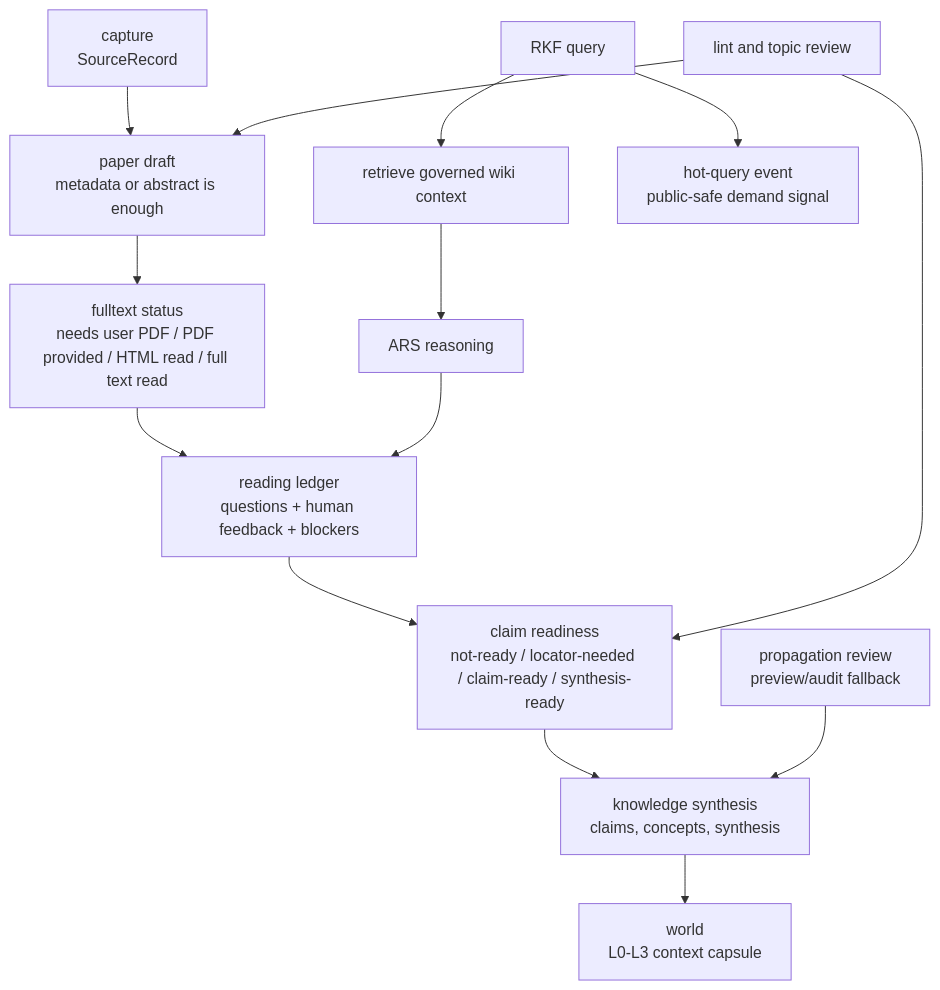
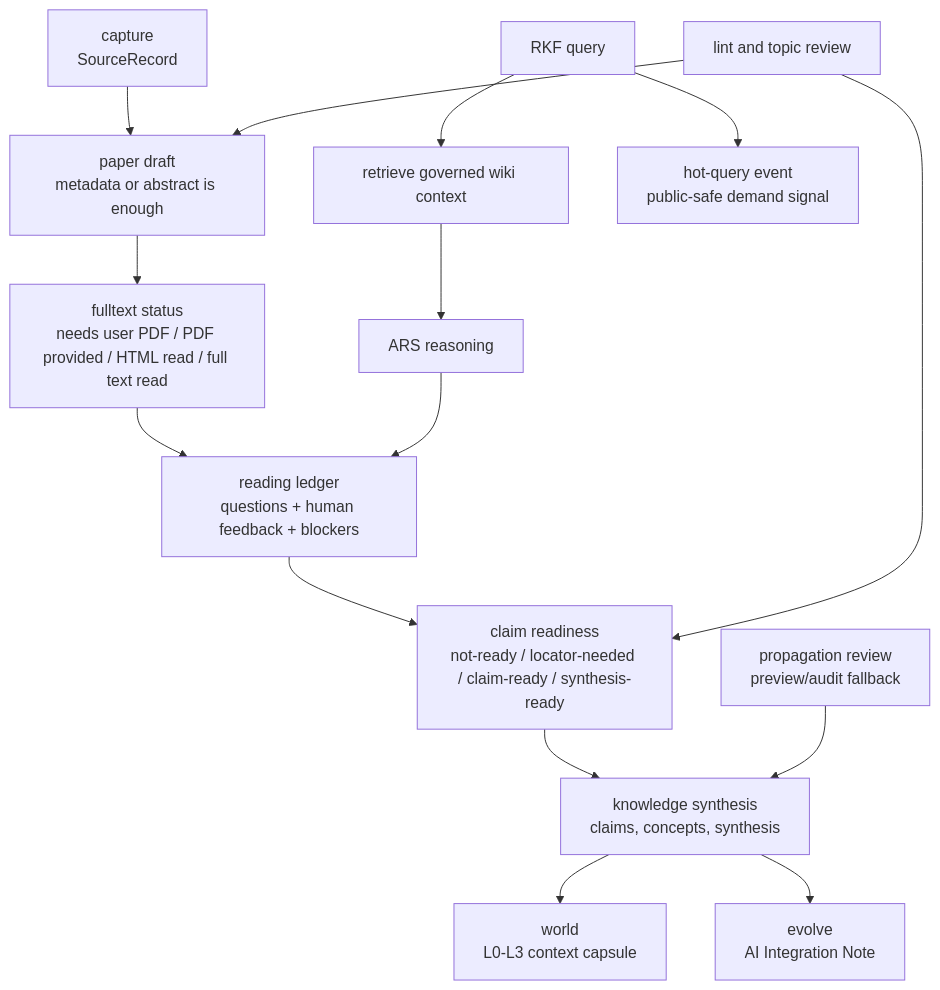
The diagram in docs/ARCHITECTURE.md (ChenHau-Lan/ResearchWiki), drawn with Mermaid before and after one commit. The commit also changed other lines of this file and 7 other files, not shown here.

Commit message:
Add priority evolve integration flow

````diff
--- a/docs/ARCHITECTURE.md
+++ b/docs/ARCHITECTURE.md
@@ -29,16 +30,17 @@
 ```mermaid
 flowchart TD
     A["capture<br/>SourceRecord"] --> B["paper draft<br/>metadata or abstract is enough"]
     B --> C["fulltext status<br/>needs user PDF / PDF provided / HTML read / full text read"]
     C --> D["reading ledger<br/>questions + human feedback + blockers"]
     D --> E["claim readiness<br/>not-ready / locator-needed / claim-ready / synthesis-ready"]
     E --> F["knowledge synthesis<br/>claims, concepts, synthesis"]
     F --> M["world<br/>L0-L3 context capsule"]
+    F --> N["evolve<br/>AI Integration Note"]
     G["RKF query"] --> H["retrieve governed wiki context"]
     G --> I["hot-query event<br/>public-safe demand signal"]
     H --> J["ARS reasoning"]
     J --> D
     K["lint and topic review"] --> B
     K --> E
     L["propagation review<br/>preview/audit fallback"] --> F
 ```
````
